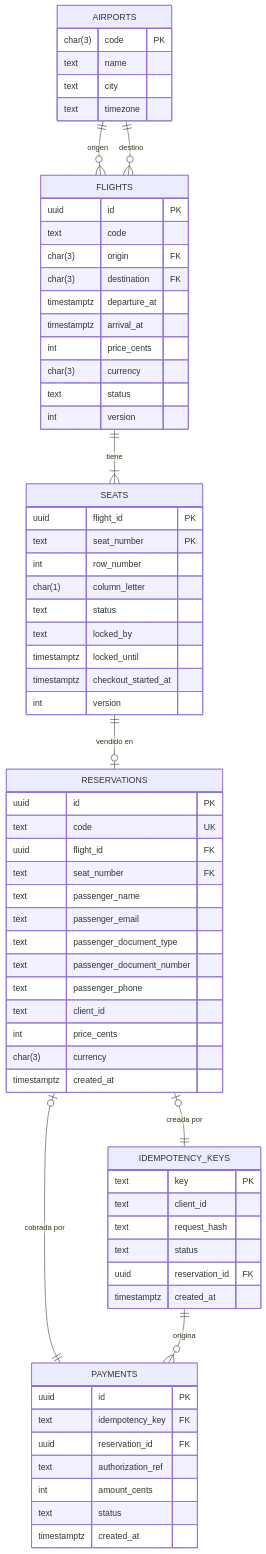
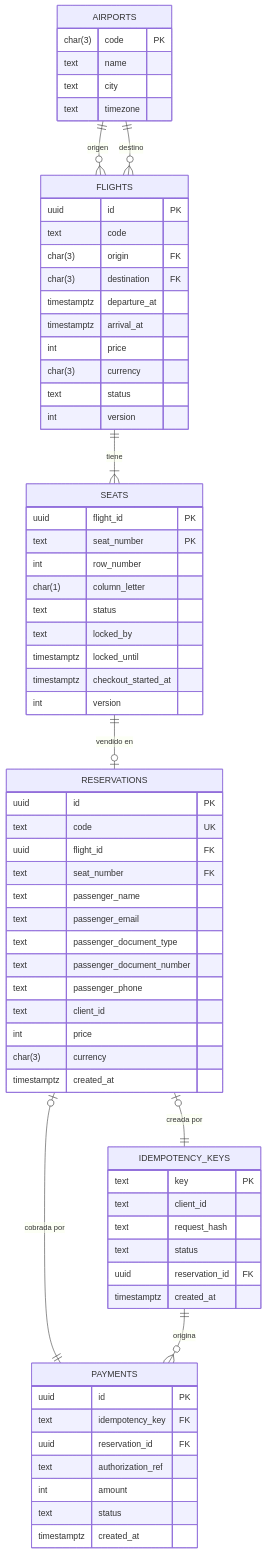
The second of 7 diagrams in docs/architecture.md (daortizr/TechLeadTest), drawn with Mermaid before and after one commit. The commit also changed other lines of this file and 53 other files, not shown here.

````diff
--- a/docs/architecture.md
+++ b/docs/architecture.md
@@ -203,72 +203,72 @@
 ```mermaid
 erDiagram
   AIRPORTS ||--o{ FLIGHTS : "origen"
   AIRPORTS ||--o{ FLIGHTS : "destino"
   FLIGHTS ||--|{ SEATS : "tiene"
   SEATS ||--o| RESERVATIONS : "vendido en"
   RESERVATIONS |o--|| PAYMENTS : "cobrada por"
   RESERVATIONS |o--|| IDEMPOTENCY_KEYS : "creada por"
   IDEMPOTENCY_KEYS ||--o{ PAYMENTS : "origina"
 
   AIRPORTS {
     char(3) code PK
     text name
     text city
     text timezone
   }
   FLIGHTS {
     uuid id PK
     text code
     char(3) origin FK
     char(3) destination FK
     timestamptz departure_at
     timestamptz arrival_at
-    int price_cents
+    int price
     char(3) currency
     text status
     int version
   }
   SEATS {
     uuid flight_id PK
     text seat_number PK
     int row_number
     char(1) column_letter
     text status
     text locked_by
     timestamptz locked_until
     timestamptz checkout_started_at
     int version
   }
   RESERVATIONS {
     uuid id PK
     text code UK
     uuid flight_id FK
     text seat_number FK
     text passenger_name
     text passenger_email
     text passenger_document_type
     text passenger_document_number
     text passenger_phone
     text client_id
-    int price_cents
+    int price
     char(3) currency
     timestamptz created_at
   }
   IDEMPOTENCY_KEYS {
     text key PK
     text client_id
     text request_hash
     text status
     uuid reservation_id FK
     timestamptz created_at
   }
   PAYMENTS {
     uuid id PK
     text idempotency_key FK
     uuid reservation_id FK
     text authorization_ref
-    int amount_cents
+    int amount
     text status
     timestamptz created_at
   }
 ```
````
